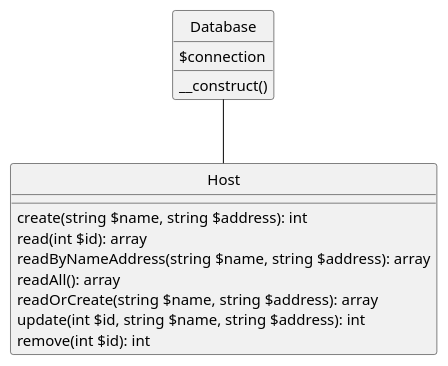
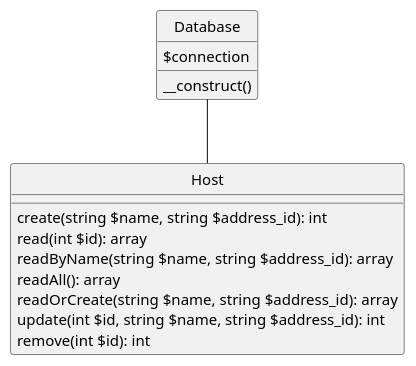
Before and after one commit to ifpb/php-guide: the diagram in stdlib/pdo/codes/host-address/assets/model-host.pu, drawn with PlantUML. The commit also changed 6 other files, not shown here.

```diff
--- a/stdlib/pdo/codes/host-address/assets/model-host.pu
+++ b/stdlib/pdo/codes/host-address/assets/model-host.pu
@@ -1,22 +1,22 @@
 @startuml
 skinparam classAttributeIconSize 0
 skinparam monochrome true
 hide circle
 
 class Database {
   $connection
   __construct()
 }
 
 class Host {
-  create(string $name, string $address): int
+  create(string $name, string $address_id): int
   read(int $id): array
-  readByNameAddress(string $name, string $address): array
+  readByName(string $name, string $address_id): array
   readAll(): array
-  readOrCreate(string $name, string $address): array
-  update(int $id, string $name, string $address): int
+  readOrCreate(string $name, string $address_id): array
+  update(int $id, string $name, string $address_id): int
   remove(int $id): int
 }
 
 Database -- Host
 @enduml
```
